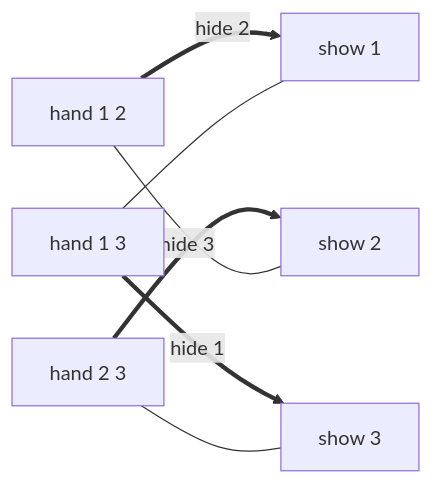
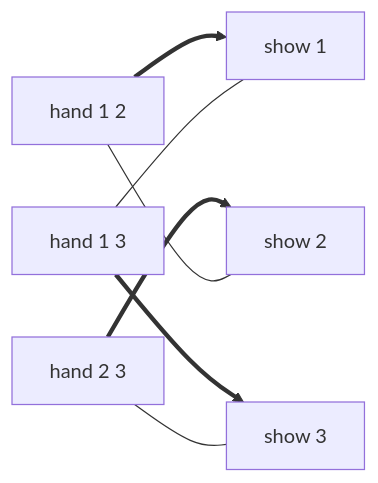
Before and after one commit to dimchansky/dlx: the second of 2 diagrams in examples/cardtrick/README.md, drawn with Mermaid. The commit also changed other lines of this file and 3 other files, not shown here.

````diff
--- a/examples/cardtrick/README.md
+++ b/examples/cardtrick/README.md
@@ -90,9 +90,9 @@
 ```mermaid
 flowchart LR
-    H12["hand 1 2"] == "hide 2" ==> M1["show 1"]
-    H13["hand 1 3"] == "hide 1" ==> M3["show 3"]
-    H23["hand 2 3"] == "hide 3" ==> M2["show 2"]
+    H12["hand 1 2"] ==> M1["show 1"]
+    H23["hand 2 3"] ==> M2["show 2"]
+    H13["hand 1 3"] ==> M3["show 3"]
     H12 --- M2
+    H23 --- M3
     H13 --- M1
-    H23 --- M3
 ```
````
